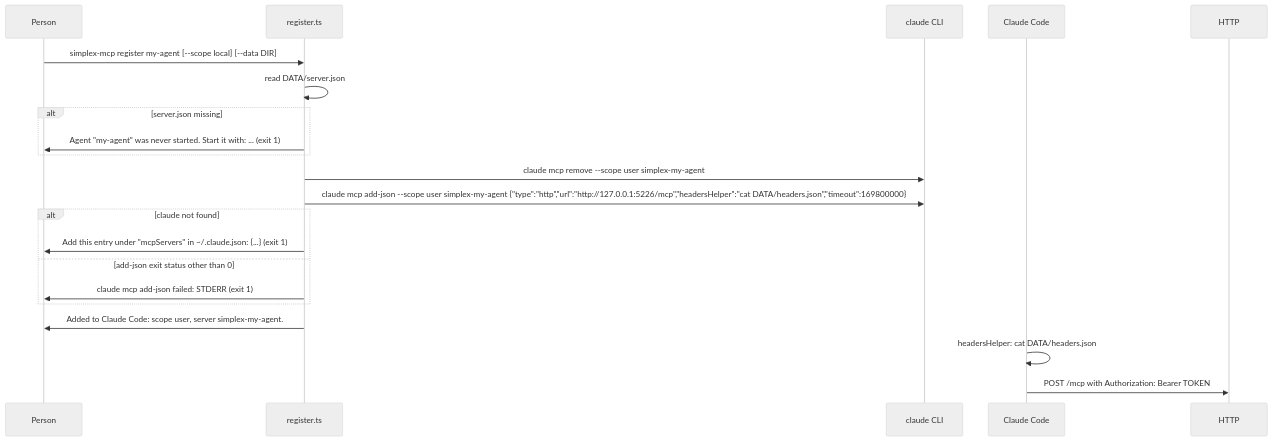
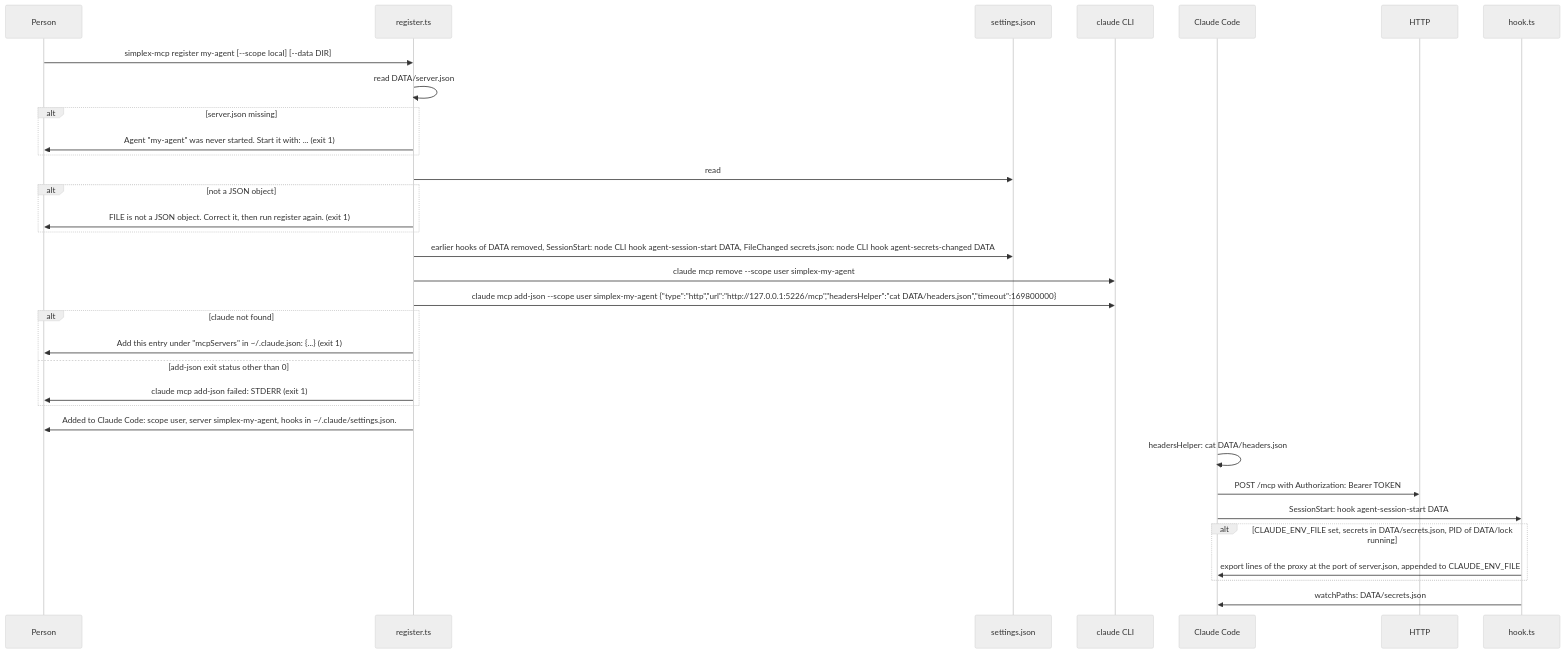
One commit to evgeny-simplex/simplex-chat changed the second of 34 diagrams in packages/simplex-chat-mcp/spec/flows.md. Above: the diagram before and after it, drawn with Mermaid (neutral theme). The commit also changed other lines of this file and 13 other files, not shown here.

Commit message:
mcp: register adds SessionStart and FileChanged hooks of an agent of serve to Claude Code's settings; they write the proxy variables while serve runs and the agent has secrets

````diff
--- a/packages/simplex-chat-mcp/spec/flows.md
+++ b/packages/simplex-chat-mcp/spec/flows.md
@@ -128,23 +128,35 @@
 ```mermaid
 sequenceDiagram
   participant P as Person
   participant R as register.ts
+  participant S as settings.json
   participant L as claude CLI
   participant CC as Claude Code
   participant H as HTTP
+  participant HK as hook.ts
   P->>R: simplex-mcp register my-agent [--scope local] [--data DIR]
   R->>R: read DATA/server.json
   alt server.json missing
     R->>P: Agent "my-agent" was never started. Start it with: ... (exit 1)
   end
+  R->>S: read
+  alt not a JSON object
+    R->>P: FILE is not a JSON object. Correct it, then run register again. (exit 1)
+  end
+  R->>S: earlier hooks of DATA removed, SessionStart: node CLI hook agent-session-start DATA, FileChanged secrets.json: node CLI hook agent-secrets-changed DATA
   R->>L: claude mcp remove --scope user simplex-my-agent
   R->>L: claude mcp add-json --scope user simplex-my-agent {"type":"http","url":"http://127.0.0.1:5226/mcp","headersHelper":"cat DATA/headers.json","timeout":169800000}
   alt claude not found
     R->>P: Add this entry under "mcpServers" in ~/.claude.json: {...} (exit 1)
   else add-json exit status other than 0
     R->>P: claude mcp add-json failed: STDERR (exit 1)
   end
-  R->>P: Added to Claude Code: scope user, server simplex-my-agent.
+  R->>P: Added to Claude Code: scope user, server simplex-my-agent, hooks in ~/.claude/settings.json.
   CC->>CC: headersHelper: cat DATA/headers.json
   CC->>H: POST /mcp with Authorization: Bearer TOKEN
+  CC->>HK: SessionStart: hook agent-session-start DATA
+  alt CLAUDE_ENV_FILE set, secrets in DATA/secrets.json, PID of DATA/lock running
+    HK->>CC: export lines of the proxy at the port of server.json, appended to CLAUDE_ENV_FILE
+  end
+  HK->>CC: watchPaths: DATA/secrets.json
 ```
````
